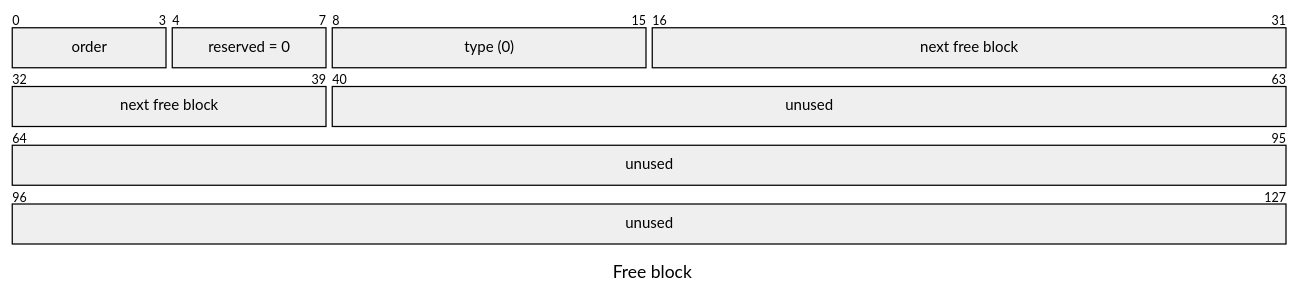
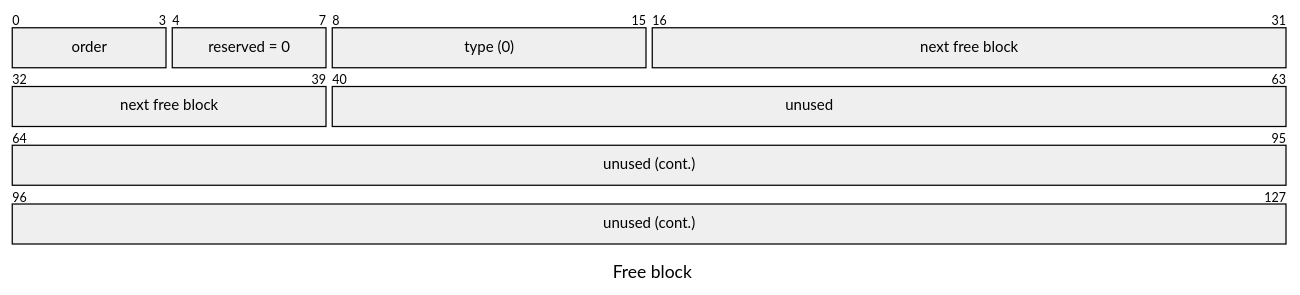
One commit to misttech/mist-os changed the second of 12 diagrams in docs/reference/platform-spec/diagnostics/inspect-vmo-format.md. Above: the diagram before and after it, drawn with Mermaid. The commit also changed other lines of this file, not shown here.

````diff
--- a/docs/reference/platform-spec/diagnostics/inspect-vmo-format.md
+++ b/docs/reference/platform-spec/diagnostics/inspect-vmo-format.md
@@ -191,11 +191,12 @@
 ```mermaid
 ---
 title: "Free block"
 ---
 packet-beta
 0-3: "order"
 4-7: "reserved = 0"
 8-15: "type (0)"
 16-39: "next free block"
-40-127: "unused"
+40-63: "unused"
+64-127: "unused (cont.)"
 ```
````
